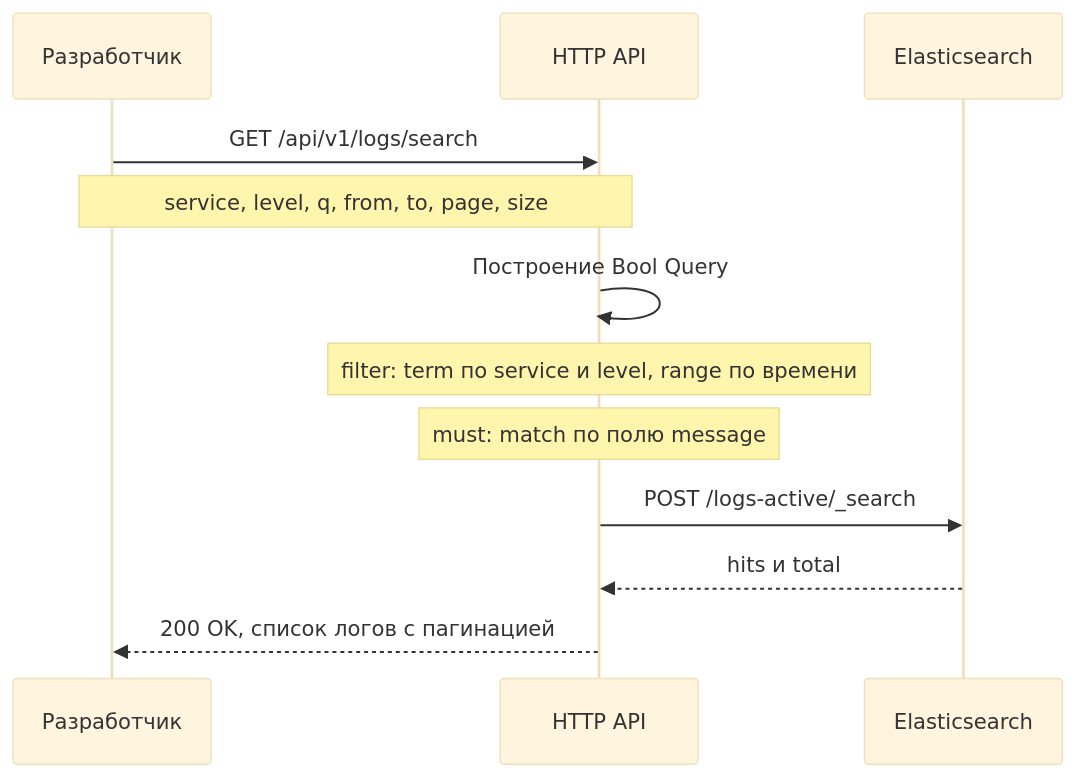
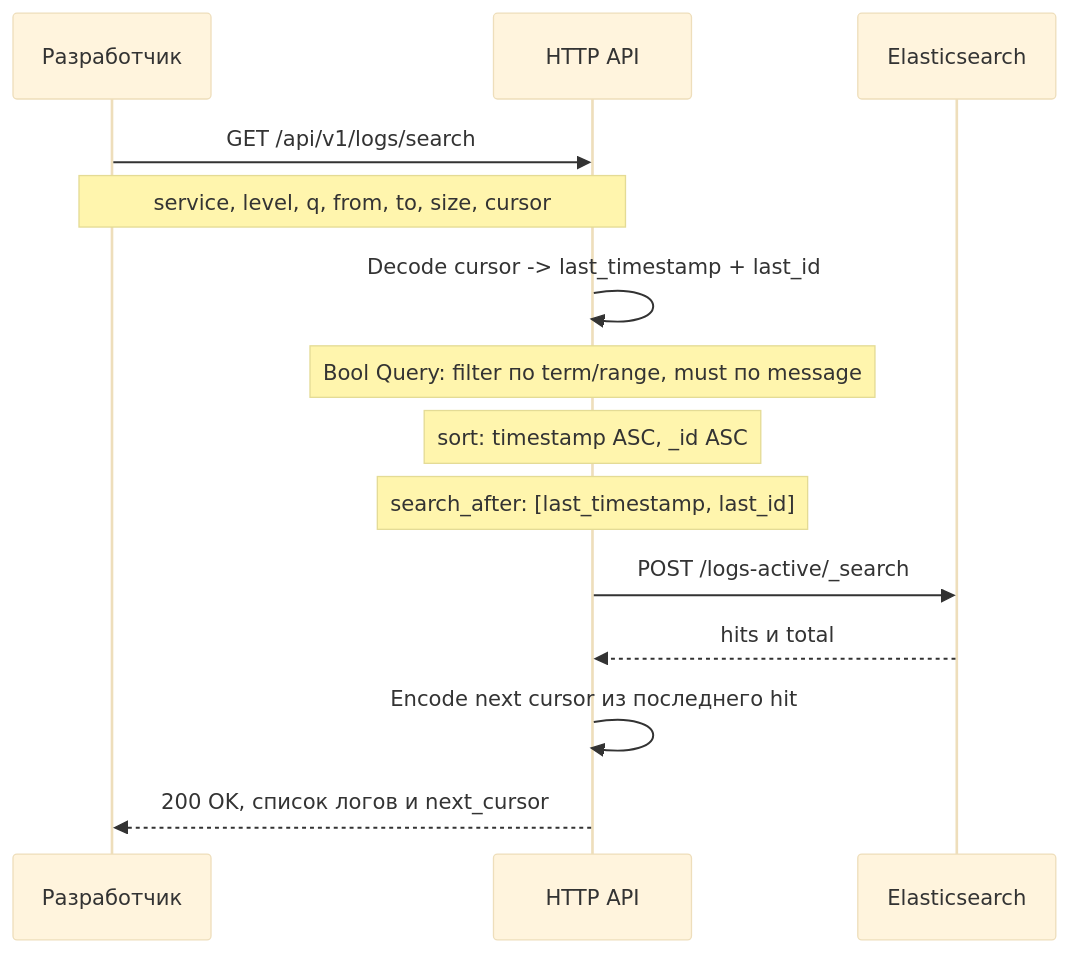
Before and after one commit to rastamanrin0/telemetry-service: the fifth of 8 diagrams in README.md, drawn with Mermaid (base theme). The commit also changed other lines of this file, not shown here.

````diff
--- a/README.md
+++ b/README.md
@@ -82,15 +296,17 @@
 ```mermaid
 sequenceDiagram
     participant D as Разработчик
     participant A as HTTP API
     participant ES as Elasticsearch
 
     D->>A: GET /api/v1/logs/search
-    Note over D,A: service, level, q, from, to, page, size
-    A->>A: Построение Bool Query
-    Note over A: filter: term по service и level, range по времени
-    Note over A: must: match по полю message
+    Note over D,A: service, level, q, from, to, size, cursor
+    A->>A: Decode cursor -> last_timestamp + last_id
+    Note over A: Bool Query: filter по term/range, must по message
+    Note over A: sort: timestamp ASC, _id ASC
+    Note over A: search_after: [last_timestamp, last_id]
     A->>ES: POST /logs-active/_search
     ES-->>A: hits и total
-    A-->>D: 200 OK, список логов с пагинацией
+    A->>A: Encode next cursor из последнего hit
+    A-->>D: 200 OK, список логов и next_cursor
 ```
````
